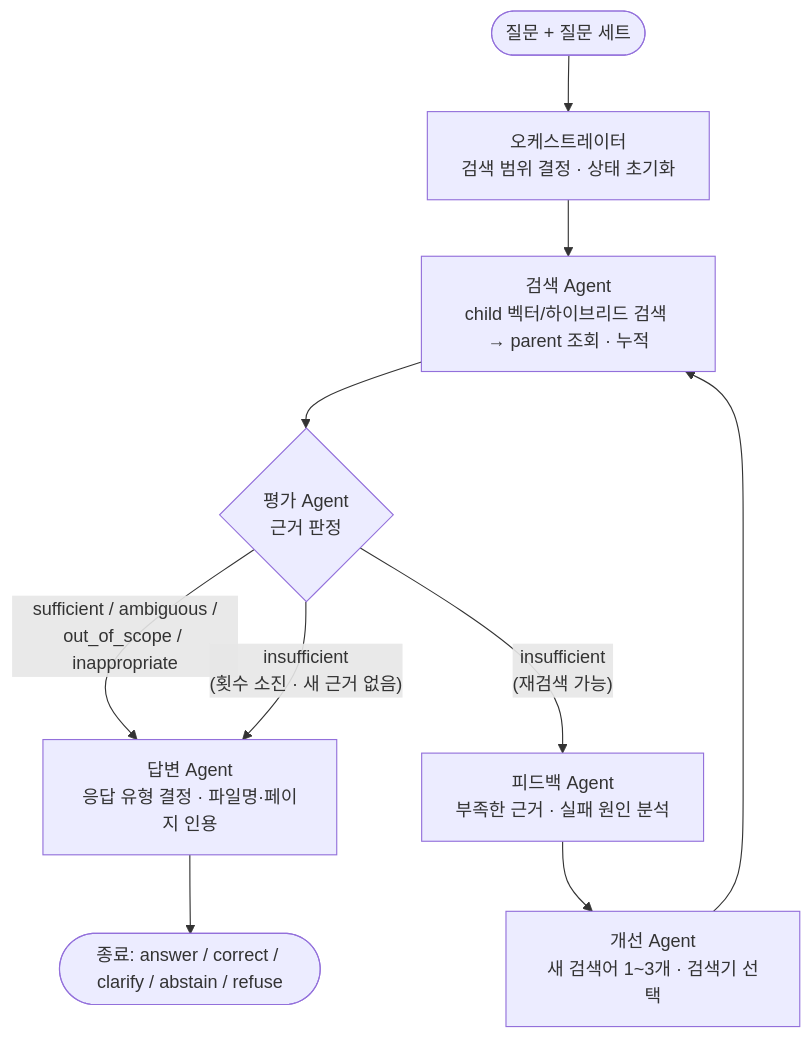
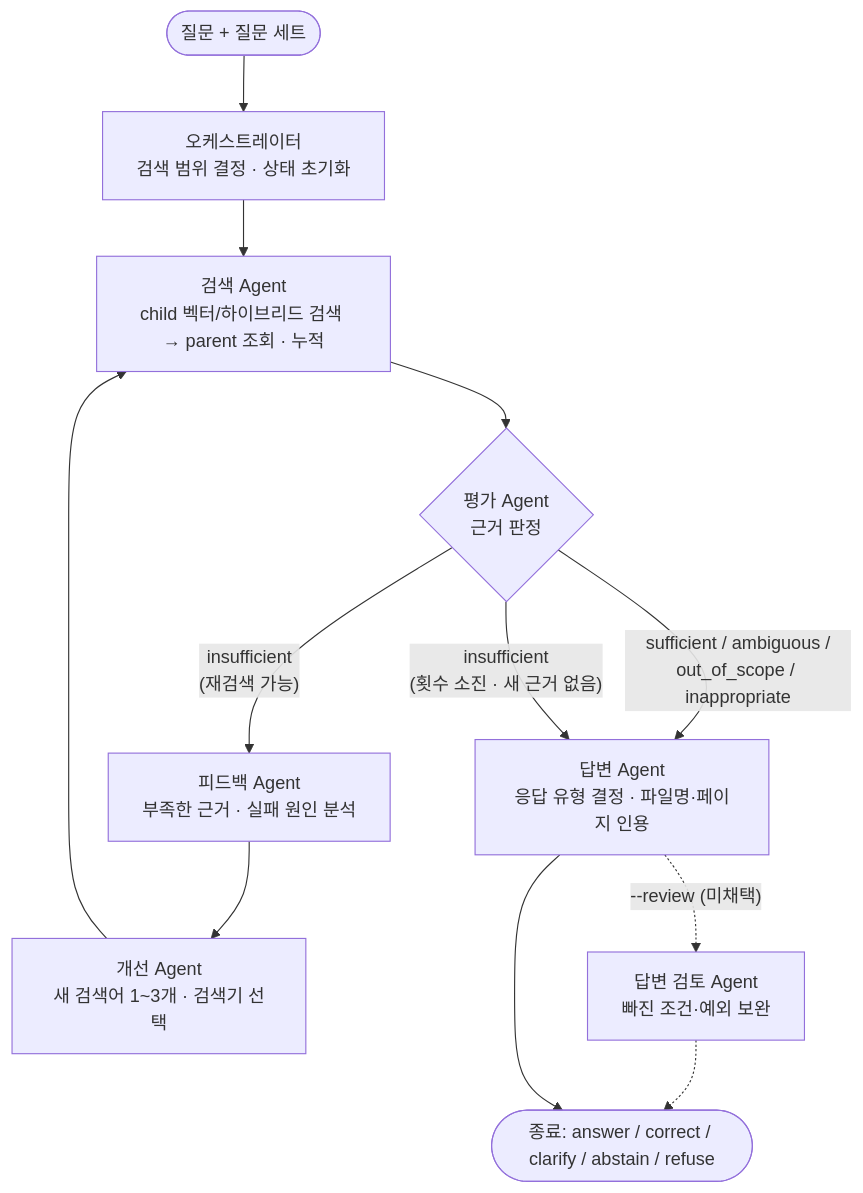
One commit to snail5039-code/rag_mini_project changed the diagram in docs/agent_graph.md. Above: the diagram before and after it, drawn with Mermaid. The commit also changed other lines of this file and 12 other files, not shown here.

````diff
--- a/docs/agent_graph.md
+++ b/docs/agent_graph.md
@@ -5,12 +6,14 @@
 ```mermaid
 flowchart TD
     Q([질문 + 질문 세트]) --> O[오케스트레이터<br/>검색 범위 결정 · 상태 초기화]
     O --> S[검색 Agent<br/>child 벡터/하이브리드 검색 → parent 조회 · 누적]
     S --> E{평가 Agent<br/>근거 판정}
     E -- "sufficient / ambiguous /<br/>out_of_scope / inappropriate" --> A[답변 Agent<br/>응답 유형 결정 · 파일명·페이지 인용]
     E -- "insufficient<br/>(재검색 가능)" --> F[피드백 Agent<br/>부족한 근거 · 실패 원인 분석]
     E -- "insufficient<br/>(횟수 소진 · 새 근거 없음)" --> A
     F --> I[개선 Agent<br/>새 검색어 1~3개 · 검색기 선택]
     I --> S
+    A -. "--review (미채택)" .-> R[답변 검토 Agent<br/>빠진 조건·예외 보완]
+    R -.-> END
     A --> END([종료: answer / correct / clarify / abstain / refuse])
 ```
````
